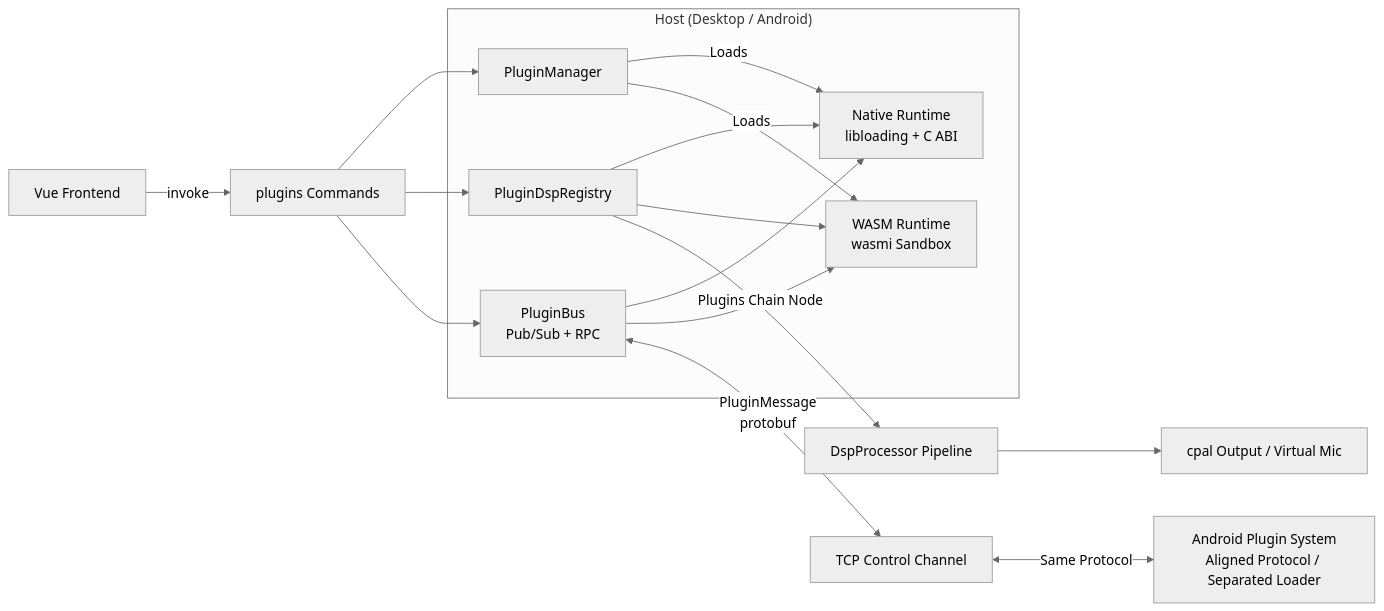
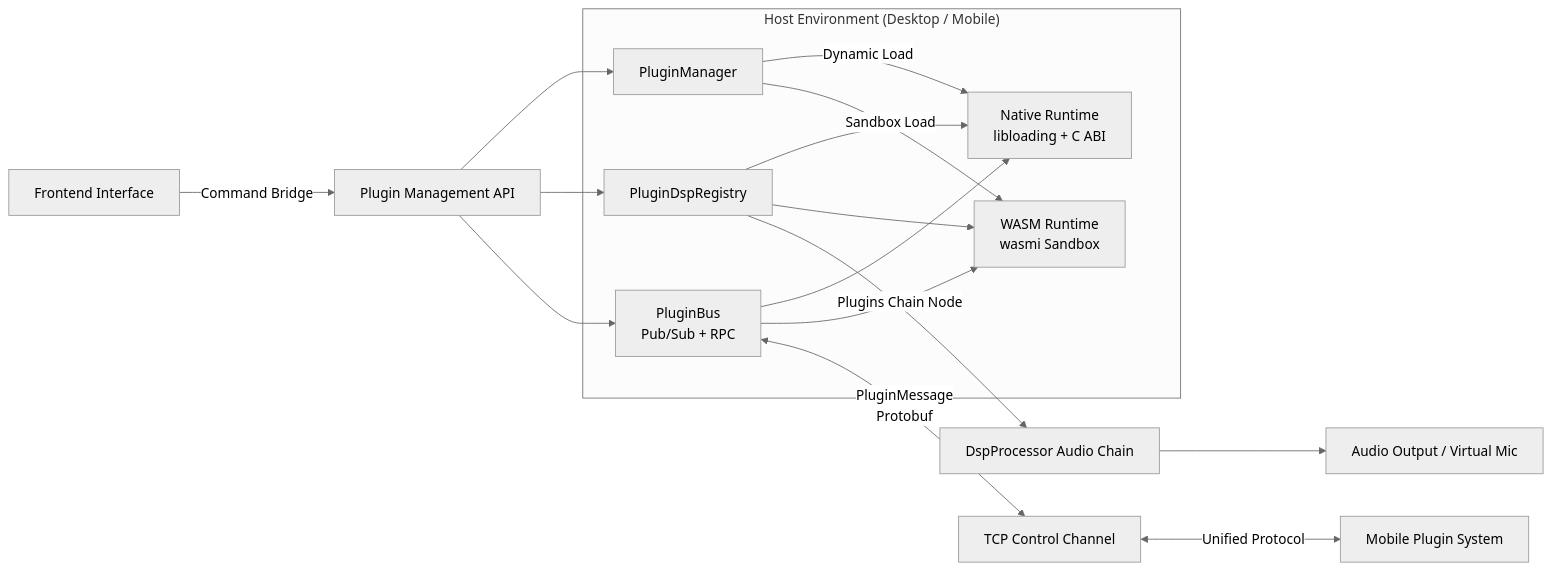
Before and after one commit to MicYou-Dev/Website-MicYou: the first of 2 diagrams in src/en/docs/plugin/plugin-overview.md, drawn with Mermaid (neutral theme). The commit also changed other lines of this file and 48 other files, not shown here.

````diff
--- a/src/en/docs/plugin/plugin-overview.md
+++ b/src/en/docs/plugin/plugin-overview.md
@@ -18,22 +20,22 @@
 ```mermaid
 flowchart LR
-  subgraph Host["Host (Desktop / Android)"]
-    PM["PluginManager"] -->|Loads| N["Native Runtime<br/>libloading + C ABI"]
-    PM -->|Loads| W["WASM Runtime<br/>wasmi Sandbox"]
+  subgraph Host["Host Environment (Desktop / Mobile)"]
+    PM["PluginManager"] -->|Dynamic Load| N["Native Runtime<br/>libloading + C ABI"]
+    PM -->|Sandbox Load| W["WASM Runtime<br/>wasmi Sandbox"]
     BUS["PluginBus<br/>Pub/Sub + RPC"] --> N
     BUS --> W
     DSP["PluginDspRegistry"] --> N
     DSP --> W
   end
 
-  DSP -->|"Plugins Chain Node"| CHAIN["DspProcessor Pipeline"]
-  CHAIN --> OUT["cpal Output / Virtual Mic"]
+  DSP -->|"Plugins Chain Node"| CHAIN["DspProcessor Audio Chain"]
+  CHAIN --> OUT["Audio Output / Virtual Mic"]
 
-  BUS <-->|PluginMessage<br/>protobuf| TCP["TCP Control Channel"]
-  TCP <-->|Same Protocol| PHONE["Android Plugin System<br/>Aligned Protocol / Separated Loader"]
+  BUS <-->|PluginMessage<br/>Protobuf| TCP["TCP Control Channel"]
+  TCP <-->|Unified Protocol| PHONE["Mobile Plugin System"]
 
-  GUI["Vue Frontend"] -->|invoke| CMDS["plugins Commands"]
+  GUI["Frontend Interface"] -->|Command Bridge| CMDS["Plugin Management API"]
   CMDS --> PM
   CMDS --> DSP
   CMDS --> BUS
 ```
````
